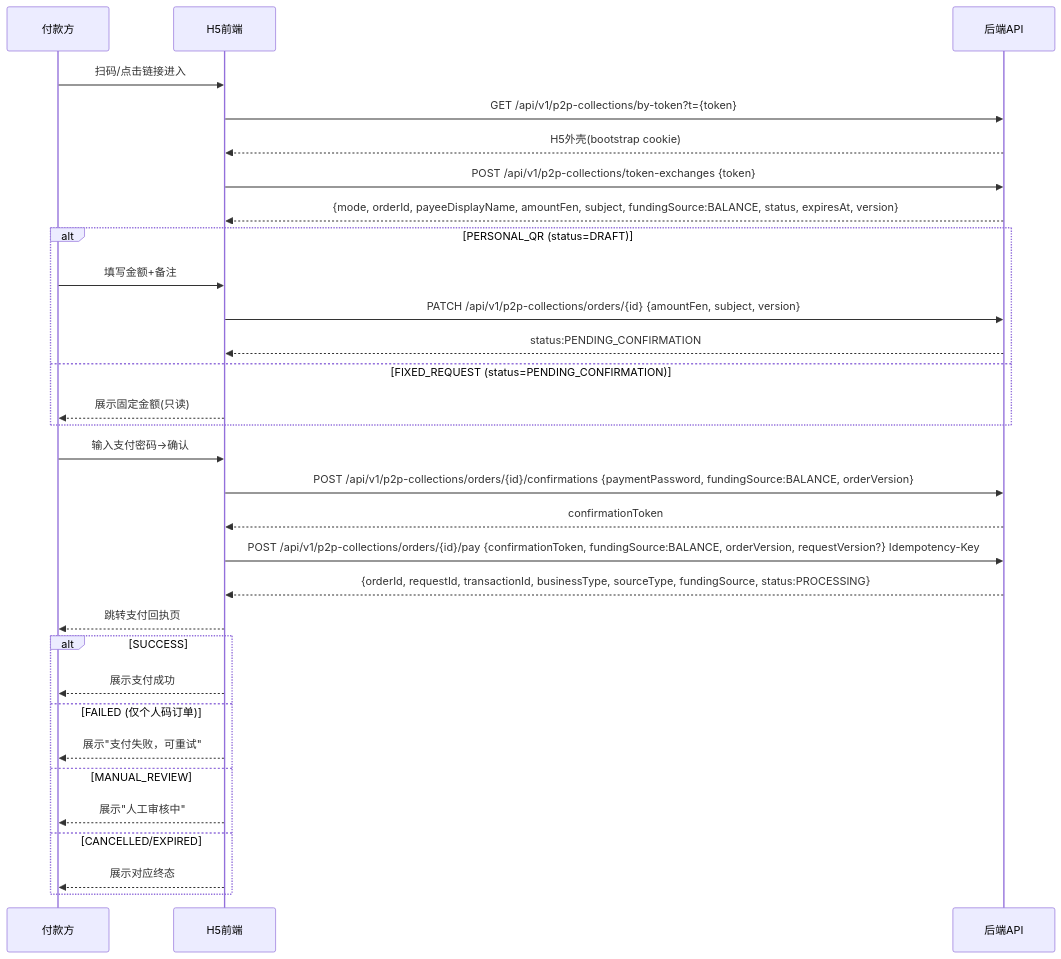
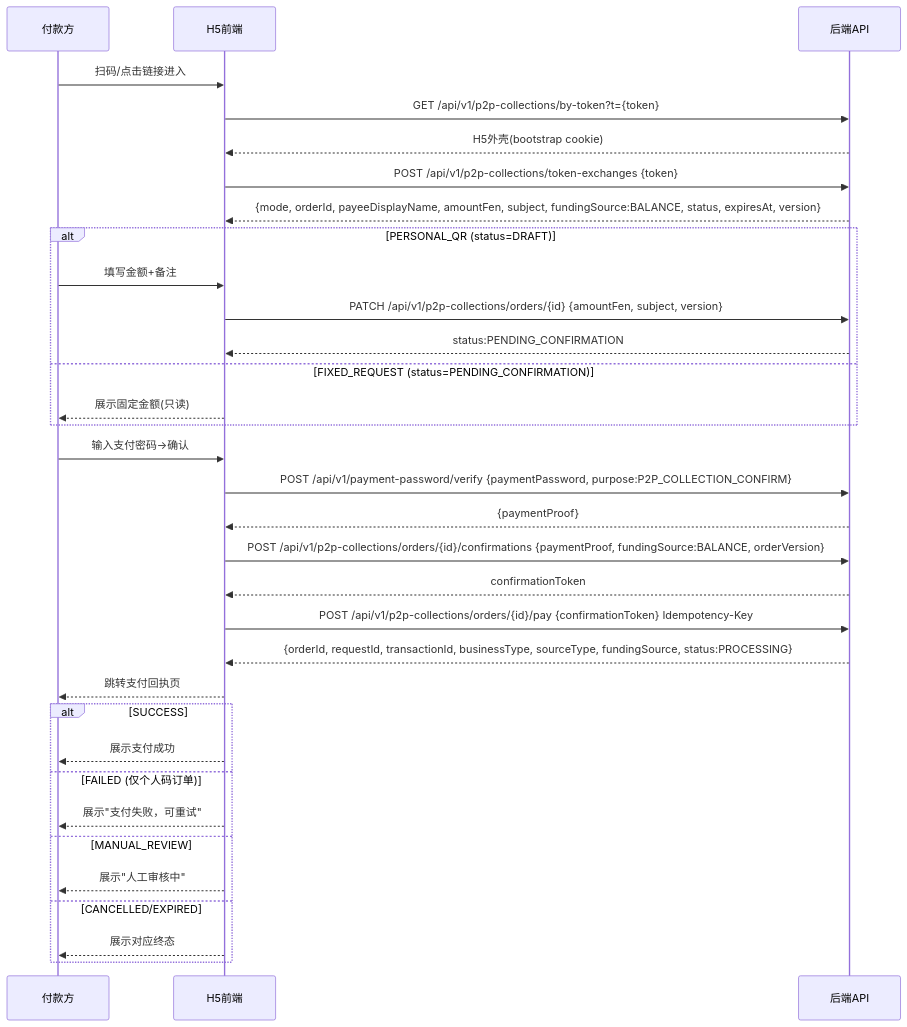
Before and after one commit to JN6565/MiniAlalipay: diagram 14 of 36 in docs/minialalipay/miniaialipay -frontend-system-analysis.md, drawn with Mermaid. The commit also changed other lines of this file and 5 other files, not shown here.

````diff
--- a/docs/minialalipay/miniaialipay -frontend-system-analysis.md
+++ b/docs/minialalipay/miniaialipay -frontend-system-analysis.md
@@ -1131,33 +1155,35 @@
 ```mermaid
 sequenceDiagram
     participant U as 付款方
     participant H5 as H5前端
     participant API as 后端API
     U->>H5: 扫码/点击链接进入
     H5->>API: GET /api/v1/p2p-collections/by-token?t={token}
     API-->>H5: H5外壳(bootstrap cookie)
     H5->>API: POST /api/v1/p2p-collections/token-exchanges {token}
     API-->>H5: {mode, orderId, payeeDisplayName, amountFen, subject, fundingSource:BALANCE, status, expiresAt, version}
     alt PERSONAL_QR (status=DRAFT)
         U->>H5: 填写金额+备注
         H5->>API: PATCH /api/v1/p2p-collections/orders/{id} {amountFen, subject, version}
         API-->>H5: status:PENDING_CONFIRMATION
     else FIXED_REQUEST (status=PENDING_CONFIRMATION)
         H5-->>U: 展示固定金额(只读)
     end
     U->>H5: 输入支付密码→确认
-    H5->>API: POST /api/v1/p2p-collections/orders/{id}/confirmations {paymentPassword, fundingSource:BALANCE, orderVersion}
+    H5->>API: POST /api/v1/payment-password/verify {paymentPassword, purpose:P2P_COLLECTION_CONFIRM}
+    API-->>H5: {paymentProof}
+    H5->>API: POST /api/v1/p2p-collections/orders/{id}/confirmations {paymentProof, fundingSource:BALANCE, orderVersion}
     API-->>H5: confirmationToken
-    H5->>API: POST /api/v1/p2p-collections/orders/{id}/pay {confirmationToken, fundingSource:BALANCE, orderVersion, requestVersion?} Idempotency-Key
+    H5->>API: POST /api/v1/p2p-collections/orders/{id}/pay {confirmationToken} Idempotency-Key
     API-->>H5: {orderId, requestId, transactionId, businessType, sourceType, fundingSource, status:PROCESSING}
     H5-->>U: 跳转支付回执页
     alt SUCCESS
         H5-->>U: 展示支付成功
     else FAILED (仅个人码订单)
         H5-->>U: 展示"支付失败，可重试"
     else MANUAL_REVIEW
         H5-->>U: 展示"人工审核中"
     else CANCELLED/EXPIRED
         H5-->>U: 展示对应终态
     end
 ```
````
